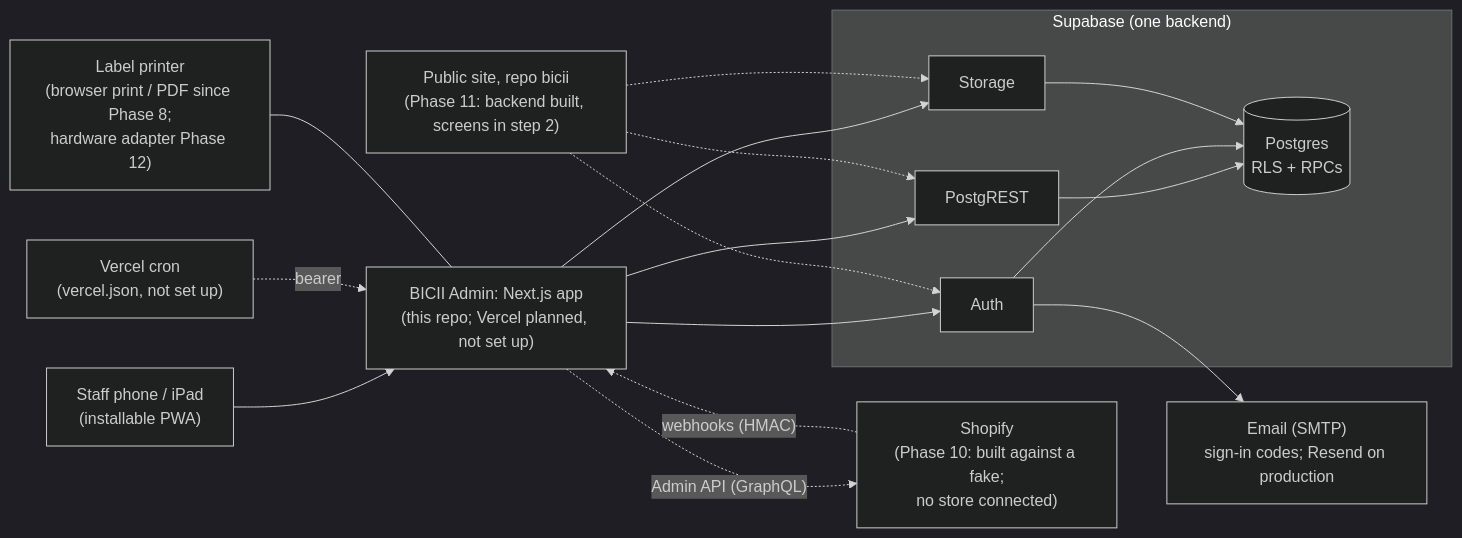
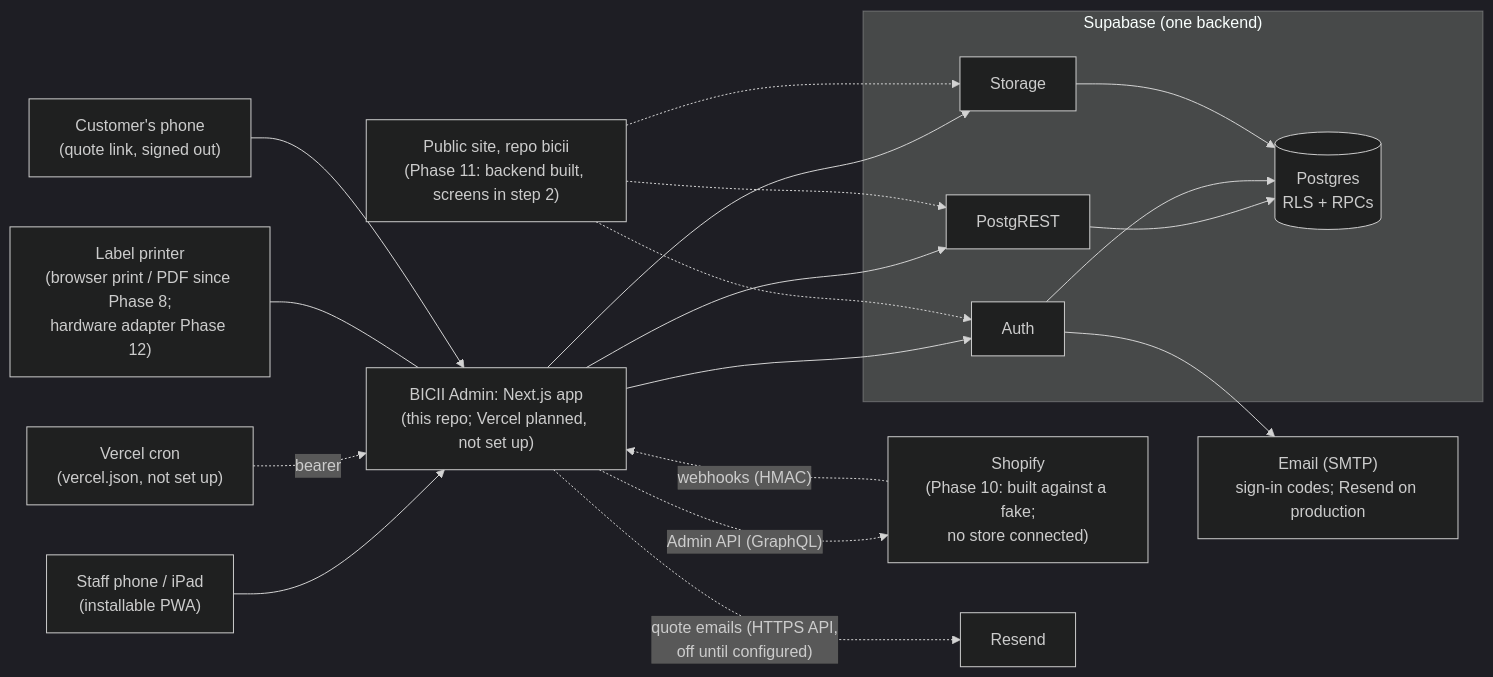
The diagram in docs/ARCHITECTURE.md (georgieboys/bicii-book), drawn with Mermaid (dark theme) before and after one commit. The commit also changed other lines of this file and 33 other files, not shown here.

First line of the commit message:
Phase 13 step 3: the customer's quote page and quote emails

````diff
--- a/docs/ARCHITECTURE.md
+++ b/docs/ARCHITECTURE.md
@@ -18,24 +18,26 @@
 ```mermaid
 flowchart LR
   staff["Staff phone / iPad<br/>(installable PWA)"] --> app["BICII Admin: Next.js app<br/>(this repo; Vercel planned, not set up)"]
   app --> auth
   app --> rest
   app --> storage
   subgraph supabase["Supabase (one backend)"]
     auth["Auth"]
     rest["PostgREST"]
     storage["Storage"]
     db[("Postgres<br/>RLS + RPCs")]
     rest --> db
     auth --> db
     storage --> db
   end
   public["Public site, repo bicii<br/>(Phase 11: backend built, screens in step 2)"] -.-> rest
   public -.-> auth
   public -.-> storage
   shopify["Shopify<br/>(Phase 10: built against a fake;<br/>no store connected)"] -. "webhooks (HMAC)" .-> app
   app -. "Admin API (GraphQL)" .-> shopify
   cron["Vercel cron<br/>(vercel.json, not set up)"] -. "bearer" .-> app
   printer["Label printer<br/>(browser print / PDF since Phase 8;<br/>hardware adapter Phase 12)"] --- app
   auth --> mail["Email (SMTP)<br/>sign-in codes; Resend on production"]
+  customer["Customer's phone<br/>(quote link, signed out)"] --> app
+  app -. "quote emails (HTTPS API,<br/>off until configured)" .-> resend["Resend"]
 ```
````
